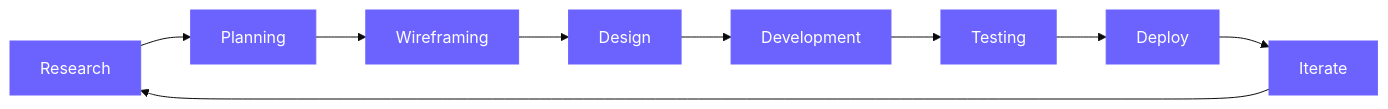
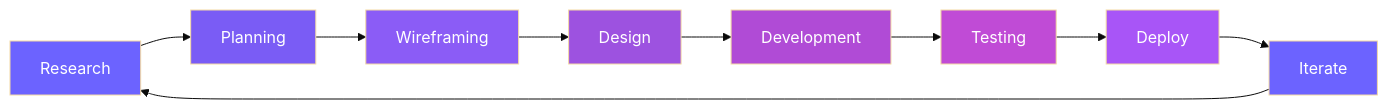
One commit to FathimaRouzanNifla/FathimaRouzanNifla changed the diagram in README.md. Above: the diagram before and after it, drawn with Mermaid (base theme). The commit also changed other lines of this file, not shown here.

````diff
--- a/README.md
+++ b/README.md
@@ -132,20 +145,20 @@
 ```mermaid
 graph LR
     A[Research] --> B[Planning]
     B --> C[Wireframing]
     C --> D[Design]
     D --> E[Development]
     E --> F[Testing]
     F --> G[Deploy]
     G --> H[Iterate]
     H --> A
 
-    style A fill:#6C63FF,stroke:#6C63FF,color:#fff
-    style B fill:#6C63FF,stroke:#6C63FF,color:#fff
-    style C fill:#6C63FF,stroke:#6C63FF,color:#fff
-    style D fill:#6C63FF,stroke:#6C63FF,color:#fff
-    style E fill:#6C63FF,stroke:#6C63FF,color:#fff
-    style F fill:#6C63FF,stroke:#6C63FF,color:#fff
-    style G fill:#6C63FF,stroke:#6C63FF,color:#fff
-    style H fill:#6C63FF,stroke:#6C63FF,color:#fff
+    style A fill:#6C63FF,stroke:#f3d9a4,color:#fff
+    style B fill:#7a5cf5,stroke:#f3d9a4,color:#fff
+    style C fill:#8b5cf6,stroke:#f3d9a4,color:#fff
+    style D fill:#9d52e0,stroke:#f3d9a4,color:#fff
+    style E fill:#b04bd6,stroke:#f3d9a4,color:#fff
+    style F fill:#c04bd6,stroke:#f3d9a4,color:#fff
+    style G fill:#a855f7,stroke:#f3d9a4,color:#fff
+    style H fill:#6C63FF,stroke:#f3d9a4,color:#fff
 ```
````
